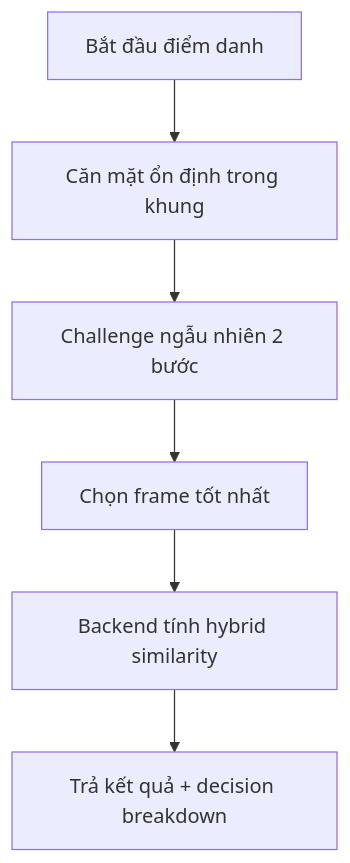
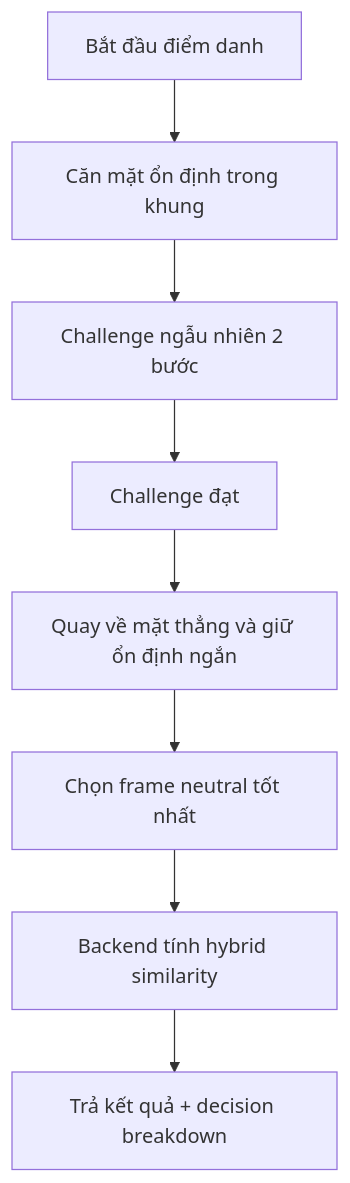
Before and after one commit to DuongDucMinh/ATTENDANCE-VERIFICATION-SYSTEM: the second of 2 diagrams in README.md, drawn with Mermaid. The commit also changed other lines of this file and 13 other files, not shown here.

Commit message:
Clean up runtime config and attendance flow

````diff
--- a/README.md
+++ b/README.md
@@ -42,8 +28,10 @@
 ```mermaid
 flowchart TD
     A["Bắt đầu điểm danh"] --> B["Căn mặt ổn định trong khung"]
     B --> C["Challenge ngẫu nhiên 2 bước"]
-    C --> D["Chọn frame tốt nhất"]
-    D --> E["Backend tính hybrid similarity"]
-    E --> F["Trả kết quả + decision breakdown"]
+    C --> D["Challenge đạt"]
+    D --> E["Quay về mặt thẳng và giữ ổn định ngắn"]
+    E --> F["Chọn frame neutral tốt nhất"]
+    F --> G["Backend tính hybrid similarity"]
+    G --> H["Trả kết quả + decision breakdown"]
 ```
````
